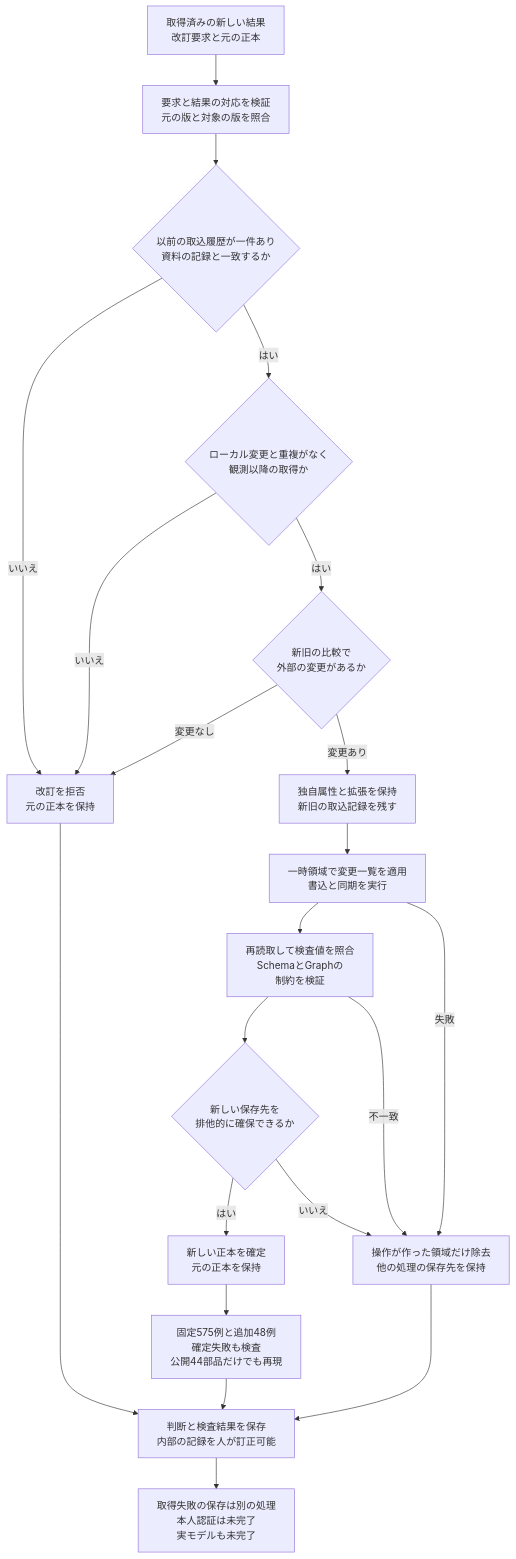
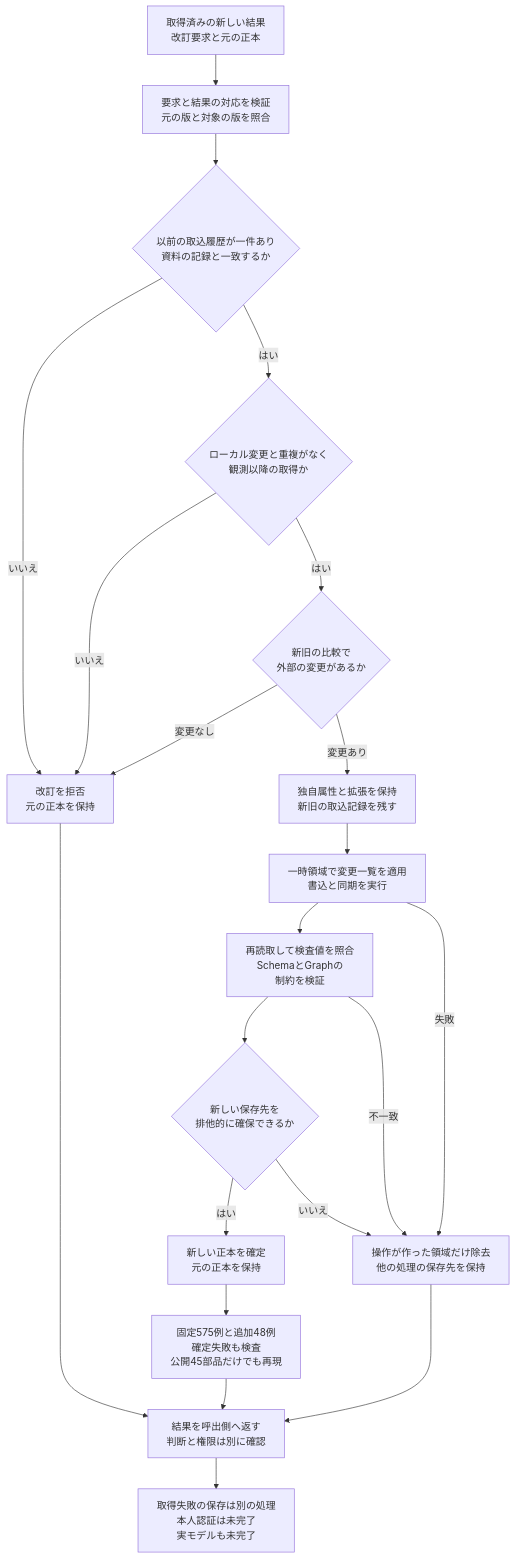
Before and after one commit to koukemo/morivyx: the diagram in docs/diagrams/python-import-snapshot-revision.mmd, drawn with Mermaid. The commit also changed 40 other files, not shown here.

```diff
--- a/docs/diagrams/python-import-snapshot-revision.mmd
+++ b/docs/diagrams/python-import-snapshot-revision.mmd
@@ -1,21 +1,21 @@
 flowchart TD
   A[取得済みの新しい結果<br/>改訂要求と元の正本] --> B[要求と結果の対応を検証<br/>元の版と対象の版を照合]
   B --> C{以前の取込履歴が一件あり<br/>資料の記録と一致するか}
   C -->|いいえ| R[改訂を拒否<br/>元の正本を保持]
   C -->|はい| D{ローカル変更と重複がなく<br/>観測以降の取得か}
   D -->|いいえ| R
   D -->|はい| E{新旧の比較で<br/>外部の変更があるか}
   E -->|変更なし| R
   E -->|変更あり| F[独自属性と拡張を保持<br/>新旧の取込記録を残す]
   F --> G[一時領域で変更一覧を適用<br/>書込と同期を実行]
   G --> H[再読取して検査値を照合<br/>SchemaとGraphの<br/>制約を検証]
   H --> I{新しい保存先を<br/>排他的に確保できるか}
   I -->|はい| J[新しい正本を確定<br/>元の正本を保持]
   I -->|いいえ| K[操作が作った領域だけ除去<br/>他の処理の保存先を保持]
   G -->|失敗| K
   H -->|不一致| K
-  J --> L[固定575例と追加48例<br/>確定失敗も検査<br/>公開44部品だけでも再現]
-  R --> M[判断と検査結果を保存<br/>内部の記録を人が訂正可能]
+  J --> L[固定575例と追加48例<br/>確定失敗も検査<br/>公開45部品だけでも再現]
+  R --> M[結果を呼出側へ返す<br/>判断と権限は別に確認]
   K --> M
   L --> M
   M --> N[取得失敗の保存は別の処理<br/>本人認証は未完了<br/>実モデルも未完了]
```
